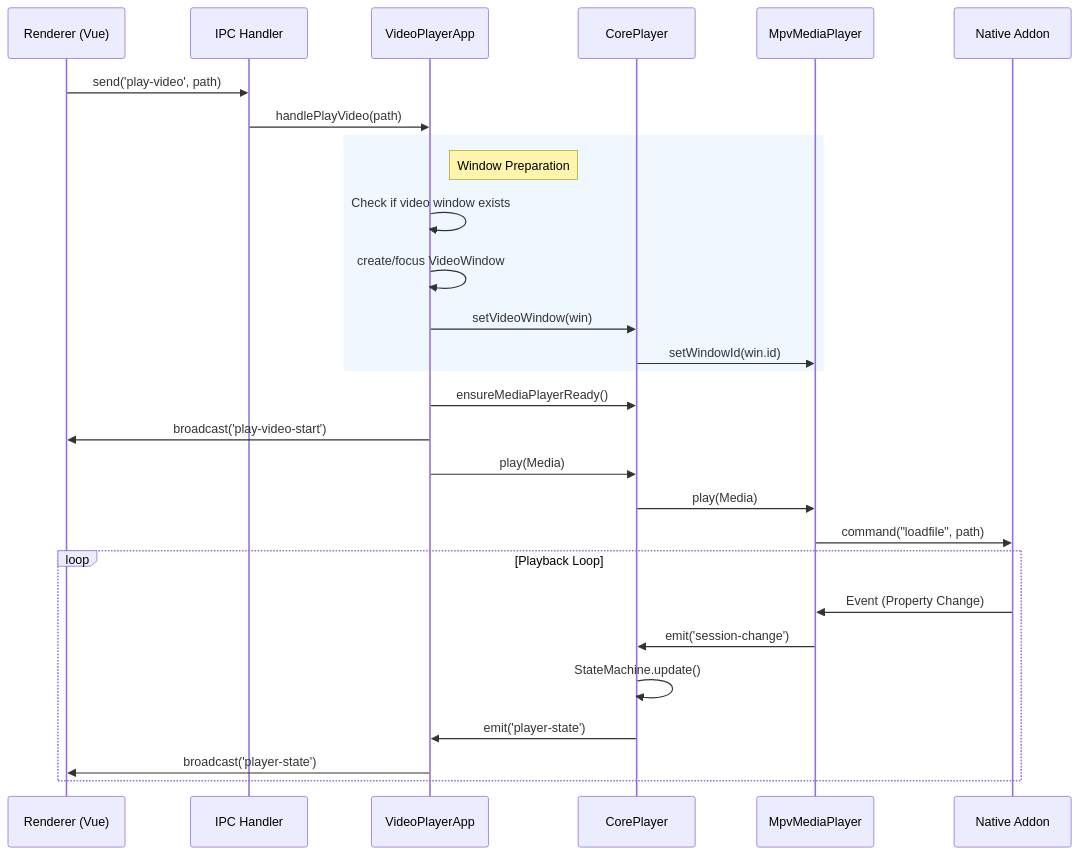
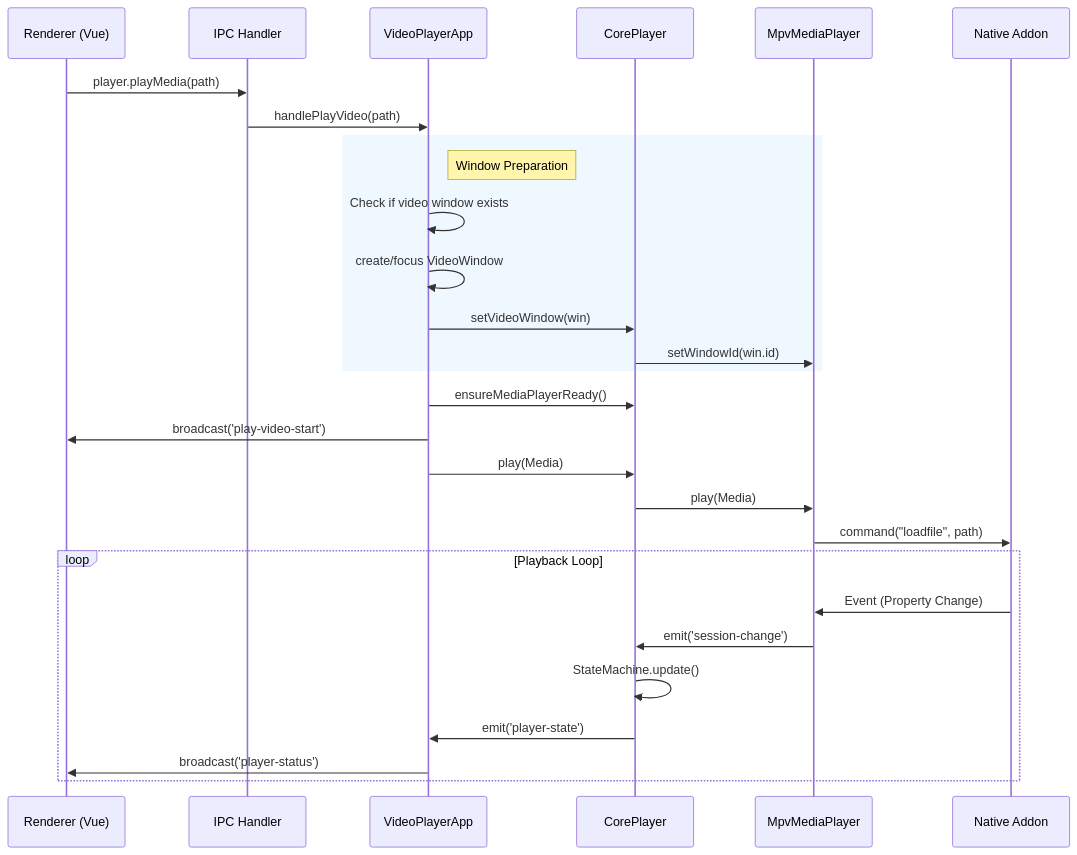
Before and after one commit to Lucas-lgm/lumiere: the fourth of 7 diagrams in docs/architecture/ARCHITECTURE.md, drawn with Mermaid. The commit also changed other lines of this file and 2 other files, not shown here.

Commit message:
docs: 更新架构和API文档以反映IPC重构
- 将架构图中的IPC通信描述从"IPC JSON"更新为"IPC APIs"
- 更新命令层描述以强调类型化API
- 在序列图中更新方法调用示例以反映新的player API
- 完全重写API参考文档，展示新的命名空间结构（player、nas、fileSystem）
- 新增IPC重构方案文档，记录已完成的重构工作

````diff
--- a/docs/architecture/ARCHITECTURE.md
+++ b/docs/architecture/ARCHITECTURE.md
@@ -193,36 +193,36 @@
 ```mermaid
 sequenceDiagram
     participant UI as Renderer (Vue)
     participant IPC as IPC Handler
     participant App as VideoPlayerApp
     participant Core as CorePlayer
     participant MPV as MpvMediaPlayer
     participant Native as Native Addon
 
-    UI->>IPC: send('play-video', path)
+    UI->>IPC: player.playMedia(path)
     IPC->>App: handlePlayVideo(path)
     
     rect rgb(240, 248, 255)
     note right of App: Window Preparation
     App->>App: Check if video window exists
     App->>App: create/focus VideoWindow
     App->>Core: setVideoWindow(win)
     Core->>MPV: setWindowId(win.id)
     end
     
     App->>Core: ensureMediaPlayerReady()
     
     App->>UI: broadcast('play-video-start')
     
     App->>Core: play(Media)
     Core->>MPV: play(Media)
     MPV->>Native: command("loadfile", path)
     
     loop Playback Loop
         Native->>MPV: Event (Property Change)
         MPV->>Core: emit('session-change')
         Core->>Core: StateMachine.update()
         Core->>App: emit('player-state')
-        App->>UI: broadcast('player-state')
+        App->>UI: broadcast('player-status')
     end
 ```
````
